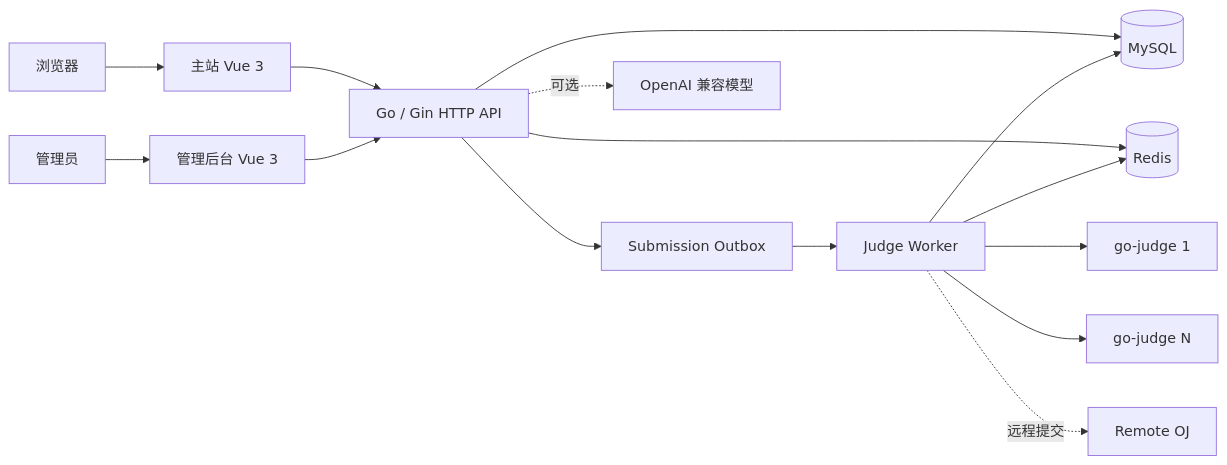
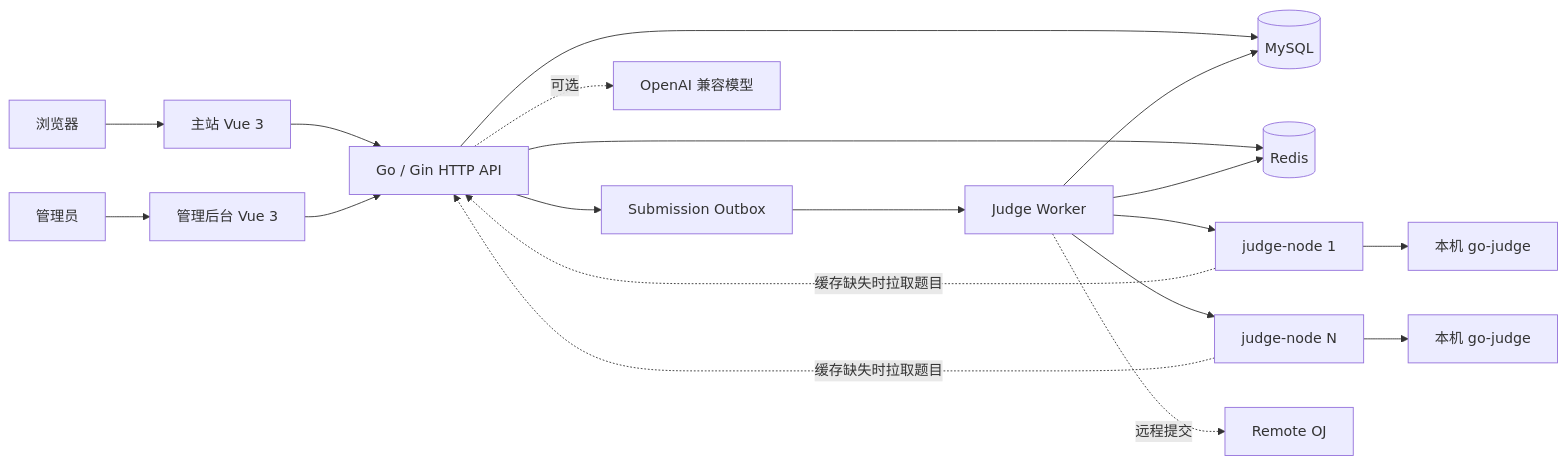
The diagram in README.md (alonespig/zeorcode), drawn with Mermaid before and after one commit. The commit also changed other lines of this file and 29 other files, not shown here.

Commit message:
feat(judge): add distributed judge node service

````diff
--- a/README.md
+++ b/README.md
@@ -27,17 +27,21 @@
 ```mermaid
 flowchart LR
     U[浏览器] --> F[主站 Vue 3]
     A[管理员] --> AF[管理后台 Vue 3]
     F --> API[Go / Gin HTTP API]
     AF --> API
     API --> DB[(MySQL)]
     API --> R[(Redis)]
     API --> O[Submission Outbox]
     O --> W[Judge Worker]
     W --> R
-    W --> J1[go-judge 1]
-    W --> J2[go-judge N]
+    W --> N1[judge-node 1]
+    W --> N2[judge-node N]
+    N1 --> J1[本机 go-judge]
+    N2 --> J2[本机 go-judge]
+    N1 -. 缓存缺失时拉取题目 .-> API
+    N2 -. 缓存缺失时拉取题目 .-> API
     W --> DB
     API -. 可选 .-> LLM[OpenAI 兼容模型]
     W -. 远程提交 .-> ROJ[Remote OJ]
 ```
````
